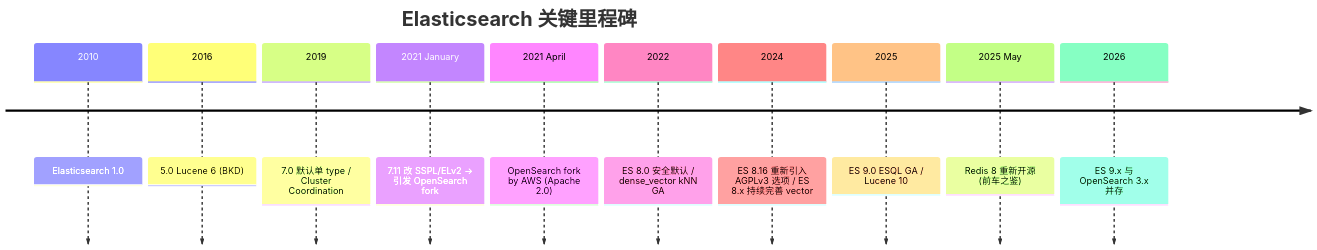
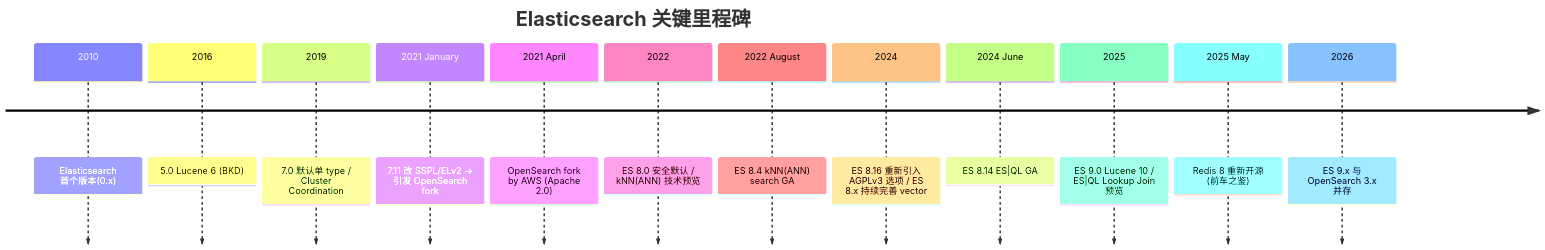
One commit to Kirby980/backend-handbook changed the seventh of 7 diagrams in elasticsearch/ROADMAP.md. Above: the diagram before and after it, drawn with Mermaid. The commit also changed other lines of this file and 135 other files, not shown here.

````diff
--- a/elasticsearch/ROADMAP.md
+++ b/elasticsearch/ROADMAP.md
@@ -172,14 +172,16 @@
 ```mermaid
 timeline
     title Elasticsearch 关键里程碑
-    2010 : Elasticsearch 1.0
+    2010 : Elasticsearch 首个版本(0.x)
     2016 : 5.0 Lucene 6 (BKD)
     2019 : 7.0 默认单 type / Cluster Coordination
     2021 January : 7.11 改 SSPL/ELv2 → 引发 OpenSearch fork
     2021 April : OpenSearch fork by AWS (Apache 2.0)
-    2022 : ES 8.0 安全默认 / dense_vector kNN GA
+    2022 : ES 8.0 安全默认 / kNN(ANN) 技术预览
+    2022 August : ES 8.4 kNN(ANN) search GA
     2024 : ES 8.16 重新引入 AGPLv3 选项 / ES 8.x 持续完善 vector
-    2025 : ES 9.0 ESQL GA / Lucene 10
+    2024 June : ES 8.14 ES|QL GA
+    2025 : ES 9.0 Lucene 10 / ES|QL Lookup Join 预览
     2025 May : Redis 8 重新开源 (前车之鉴)
     2026 : ES 9.x 与 OpenSearch 3.x 并存
 ```
````
